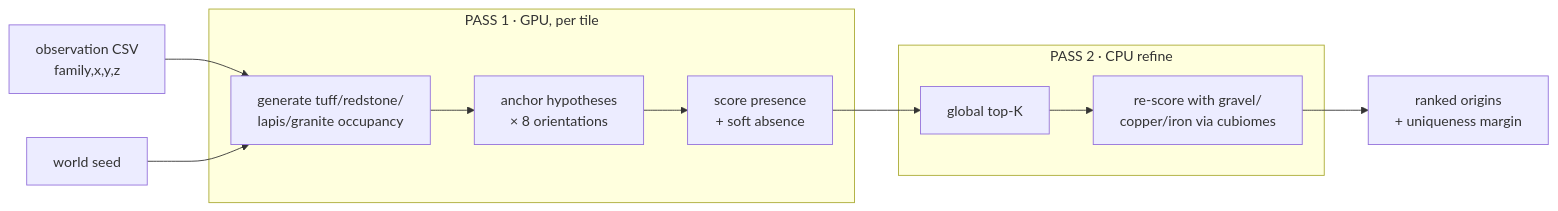
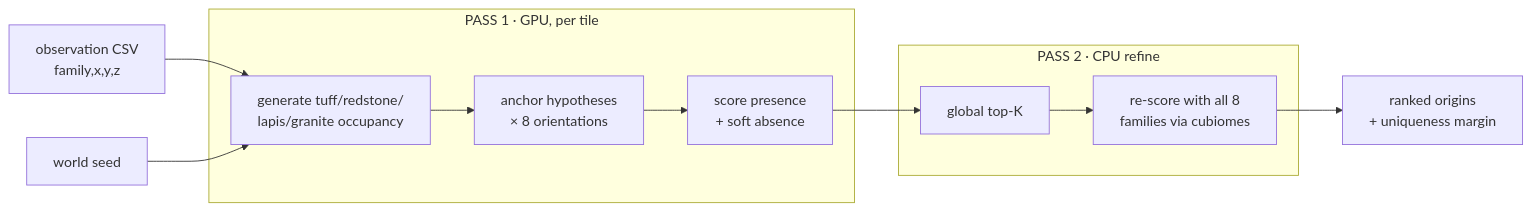
The diagram in README.md (Hexay/orereversal), drawn with Mermaid before and after one commit. The commit also changed other lines of this file and 2 other files, not shown here.

````diff
--- a/README.md
+++ b/README.md
@@ -86,14 +90,14 @@
 ```mermaid
 flowchart LR
     A[observation CSV<br/>family,x,y,z] --> B
     S[world seed] --> B
     subgraph GPU ["PASS 1 · GPU, per tile"]
       B[generate tuff/redstone/<br/>lapis/granite occupancy] --> C[anchor hypotheses<br/>× 8 orientations]
       C --> D[score presence<br/>+ soft absence]
     end
     D --> E[global top-K]
     subgraph CPU ["PASS 2 · CPU refine"]
-      E --> F[re-score with gravel/<br/>copper/iron via cubiomes]
+      E --> F[re-score with all 8<br/>families via cubiomes]
     end
     F --> G[ranked origins<br/>+ uniqueness margin]
 ```
````
